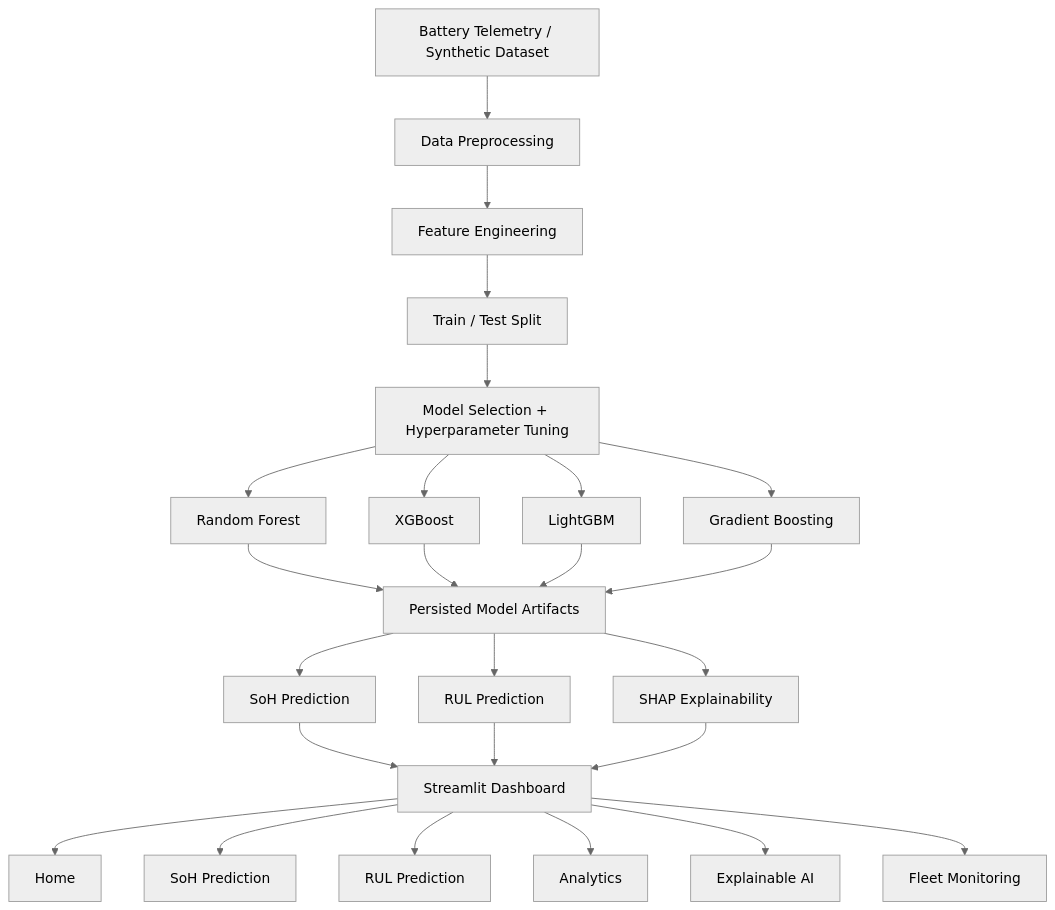
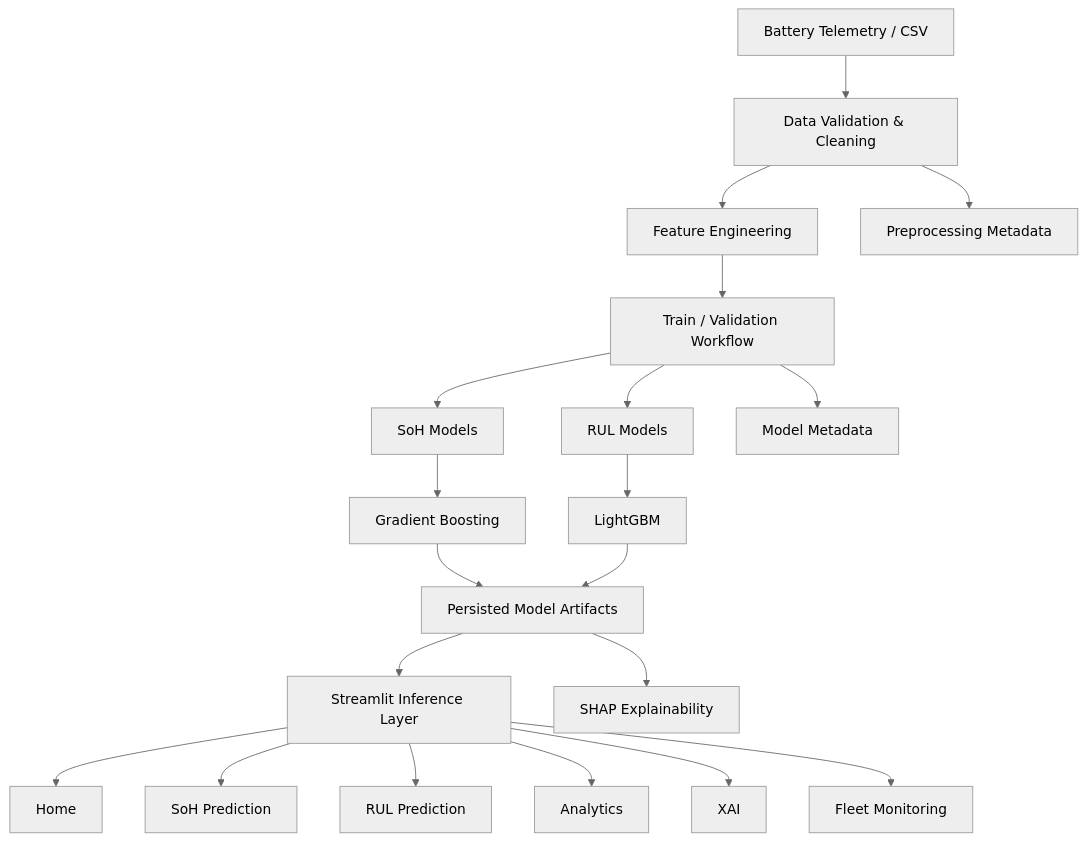
The first of 2 diagrams in README.md (RITESH2127/-BATTERY-INTELLIGENCE-PLAYTFORM-2026-INTERSHIP-SWIFT-VOLT-VENTURES-), drawn with Mermaid (neutral theme) before and after one commit. The commit also changed other lines of this file and 46 other files, not shown here.

````diff
--- a/README.md
+++ b/README.md
@@ -70,32 +99,28 @@
 ```mermaid
 flowchart TD
-    A["Battery Telemetry / Synthetic Dataset"] --> B["Data Preprocessing"]
+    A["Battery Telemetry / CSV"] --> B["Data Validation & Cleaning"]
     B --> C["Feature Engineering"]
-    C --> D["Train / Test Split"]
-    D --> E["Model Selection + Hyperparameter Tuning"]
+    C --> D["Train / Validation Workflow"]
 
-    E --> E1["Random Forest"]
-    E --> E2["XGBoost"]
-    E --> E3["LightGBM"]
-    E --> E4["Gradient Boosting"]
+    D --> E1["SoH Models"]
+    D --> E2["RUL Models"]
 
-    E1 --> F["Persisted Model Artifacts"]
-    E2 --> F
-    E3 --> F
-    E4 --> F
+    E1 --> F1["Gradient Boosting"]
+    E2 --> F2["LightGBM"]
 
-    F --> G["SoH Prediction"]
-    F --> H["RUL Prediction"]
-    F --> I["SHAP Explainability"]
+    F1 --> G["Persisted Model Artifacts"]
+    F2 --> G
 
-    G --> J["Streamlit Dashboard"]
-    H --> J
-    I --> J
+    G --> H["Streamlit Inference Layer"]
+    G --> I["SHAP Explainability"]
 
-    J --> J1["Home"]
-    J --> J2["SoH Prediction"]
-    J --> J3["RUL Prediction"]
-    J --> J4["Analytics"]
-    J --> J5["Explainable AI"]
-    J --> J6["Fleet Monitoring"]
+    H --> J1["Home"]
+    H --> J2["SoH Prediction"]
+    H --> J3["RUL Prediction"]
+    H --> J4["Analytics"]
+    H --> J5["XAI"]
+    H --> J6["Fleet Monitoring"]
+
+    B --> K["Preprocessing Metadata"]
+    D --> L["Model Metadata"]
 ```
````
